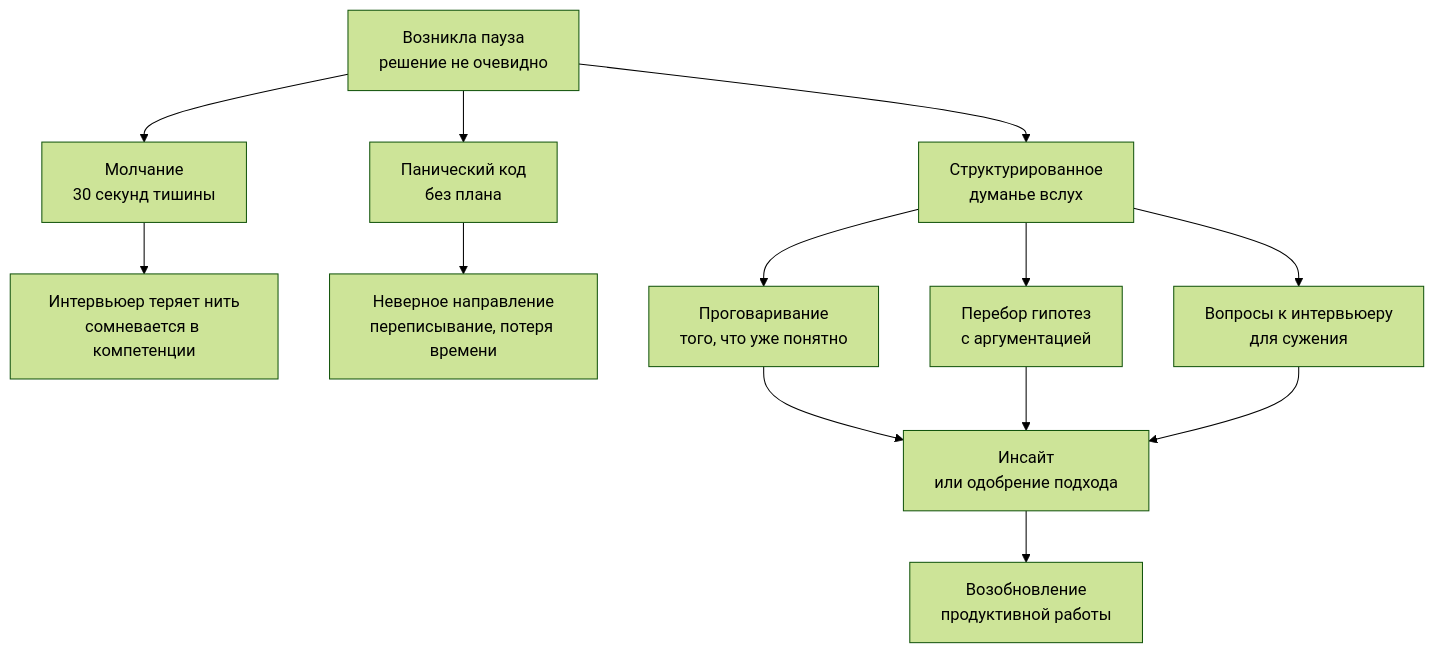
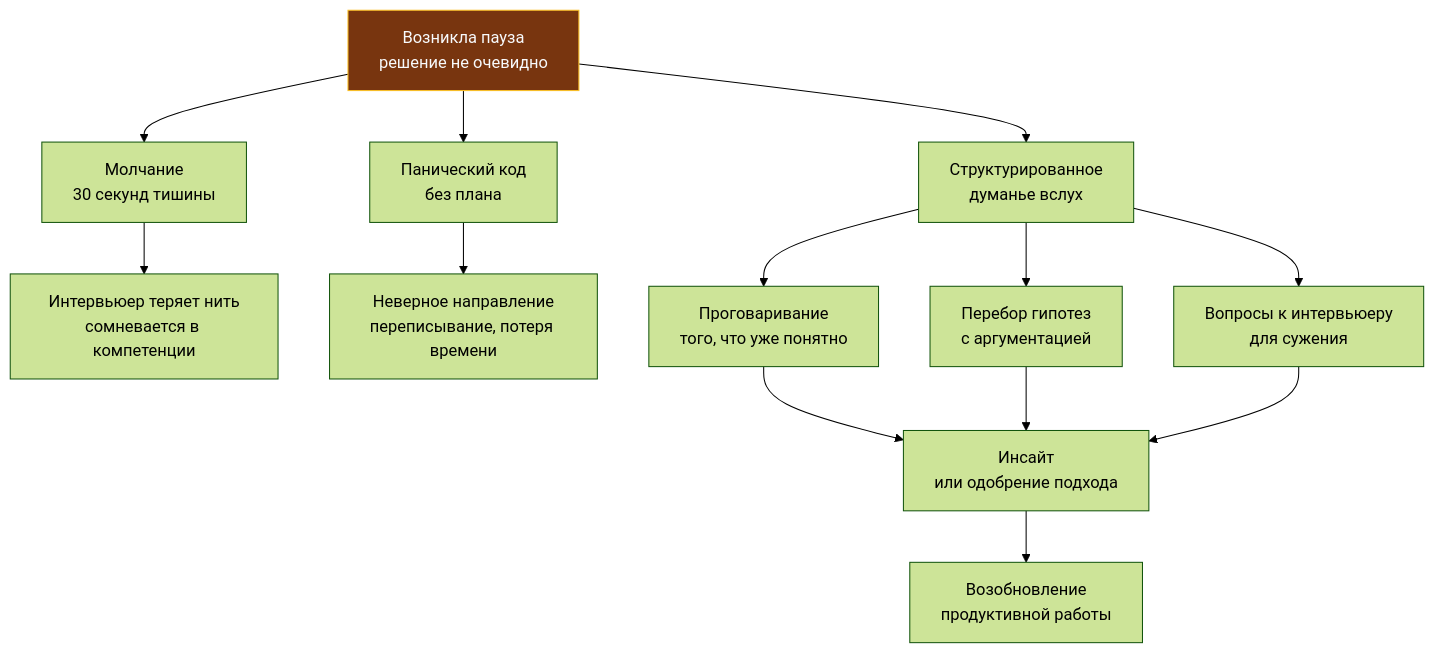
Before and after one commit to UnrealTemplier/go-textbook: the diagram in sources/21. Задачи с LeetCode и собеседований на Go/01. Теория/27. Как думать вслух и тянуть время на интервью.md, drawn with Mermaid (forest theme). The commit also changed 1666 other files, not shown here.

First line of the commit message:
feat(mermaid): add semantic color classDef to 1369 colorless flowchart/graph diagrams

````diff
--- a/sources/21. Задачи с LeetCode и собеседований на Go/01. Теория/27. Как думать вслух и тянуть время на интервью.md
+++ b/sources/21. Задачи с LeetCode и собеседований на Go/01. Теория/27. Как думать вслух и тянуть время на интервью.md
@@ -12,17 +12,27 @@
 ```mermaid
 flowchart TD
-    Pause["Возникла пауза<br>решение не очевидно"] --> Bad1["Молчание<br>30 секунд тишины"]
+    classDef process  fill:#1e293b,stroke:#38bdf8,stroke-width:1px,color:#f8fafc
+    classDef success  fill:#064e3b,stroke:#34d399,stroke-width:1px,color:#f8fafc
+    classDef error    fill:#7f1d1d,stroke:#f87171,stroke-width:1px,color:#f8fafc
+    classDef warning  fill:#78350f,stroke:#fbbf24,stroke-width:1px,color:#f8fafc
+    classDef entry    fill:#1e3a5f,stroke:#38bdf8,stroke-width:2px,color:#f8fafc
+    classDef aux      fill:#334155,stroke:#64748b,stroke-width:1px,color:#f8fafc
+    classDef system   fill:#312e81,stroke:#a78bfa,stroke-width:1px,color:#f8fafc
+    classDef data     fill:#132d29,stroke:#2dd4bf,stroke-width:1px,color:#f8fafc
+    classDef network  fill:#881337,stroke:#fb7185,stroke-width:1px,color:#f8fafc
+    classDef accent   fill:#1e1b4b,stroke:#818cf8,stroke-width:1px,color:#f8fafc
+    Pause["Возникла пауза<br>решение не очевидно"]:::warning --> Bad1["Молчание<br>30 секунд тишины"]
     Bad1 --> BadResult["Интервьюер теряет нить<br>сомневается в компетенции"]
     
     Pause --> Bad2["Панический код<br>без плана"]
     Bad2 --> BadResult2["Неверное направление<br>переписывание, потеря времени"]
     
     Pause --> Good["Структурированное<br>думанье вслух"]
     Good --> Good1["Проговаривание<br>того, что уже понятно"]
     Good --> Good2["Перебор гипотез<br>с аргументацией"]
     Good --> Good3["Вопросы к интервьюеру<br>для сужения"]
     Good1 --> Insight["Инсайт<br>или одобрение подхода"]
     Good2 --> Insight
     Good3 --> Insight
     Insight --> Progress["Возобновление<br>продуктивной работы"]
 ```
````
